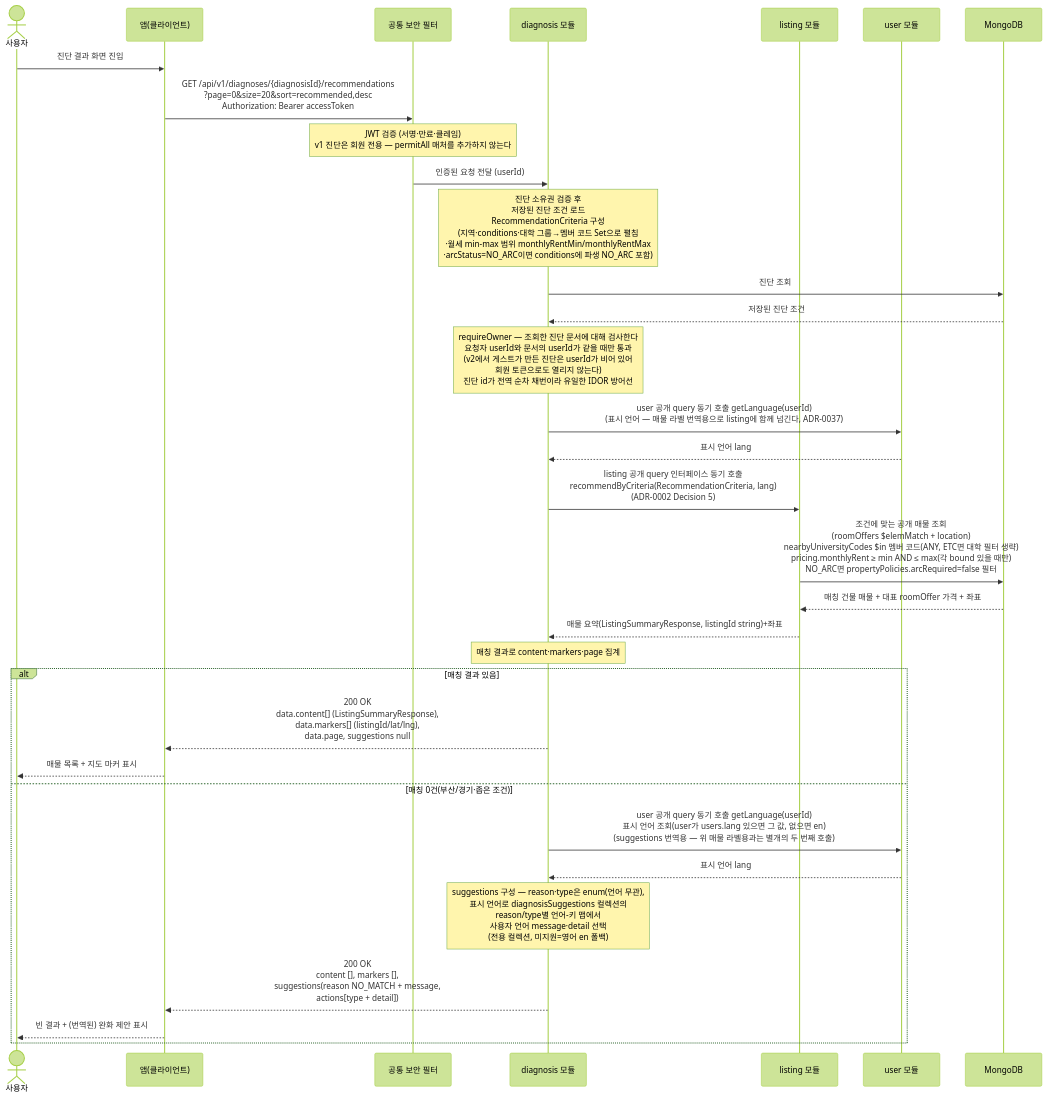
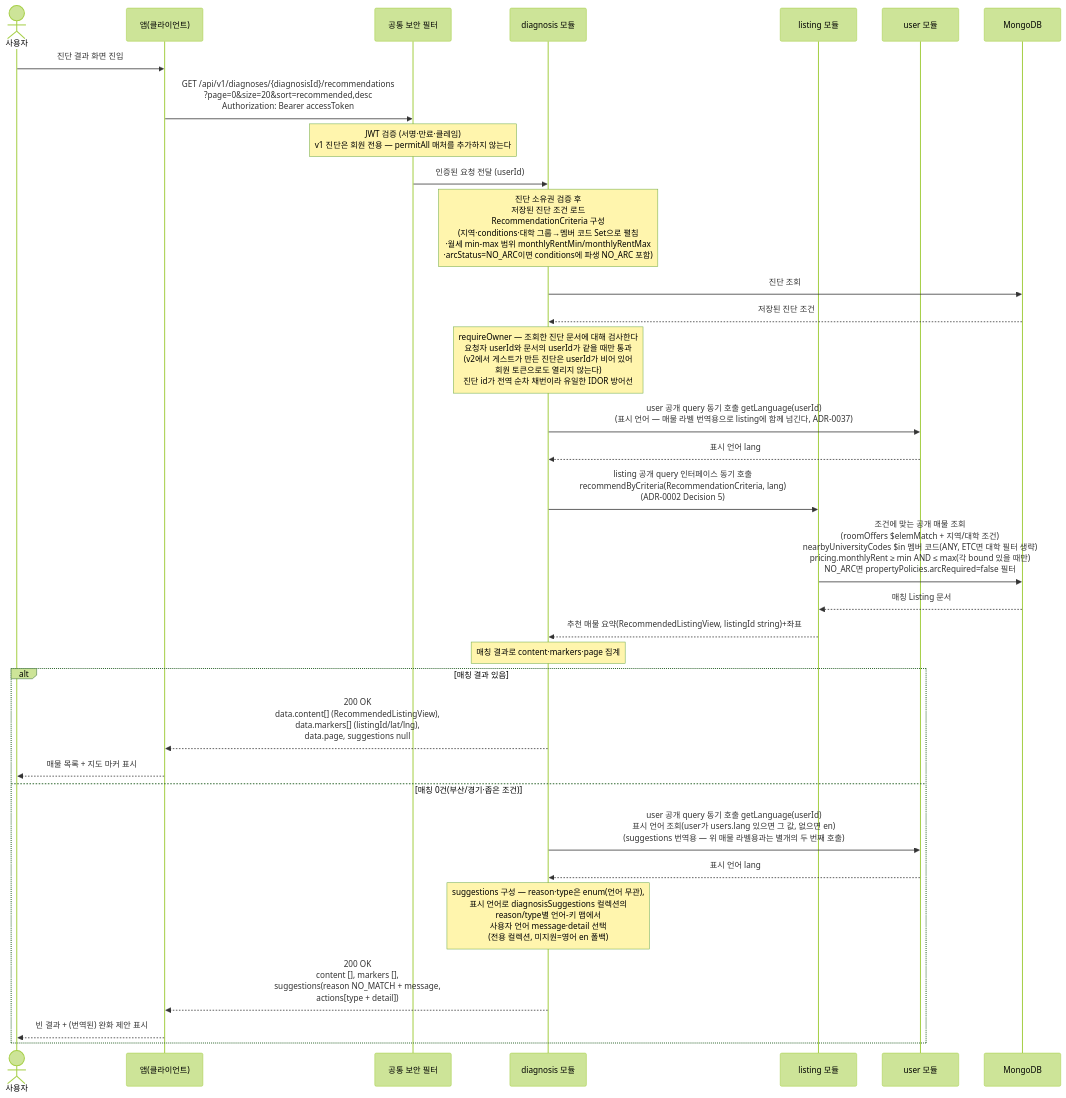
Before and after one commit to jameskim9509/Kohere-backend: the diagram in docs/architecture/sequence-diagrams/02-diagnosis-recommendation/us-2-2-recommendations.md, drawn with Mermaid (forest theme). The commit also changed other lines of this file and 13 other files, not shown here.

````diff
--- a/docs/architecture/sequence-diagrams/02-diagnosis-recommendation/us-2-2-recommendations.md
+++ b/docs/architecture/sequence-diagrams/02-diagnosis-recommendation/us-2-2-recommendations.md
@@ -5,36 +5,36 @@
 ```mermaid
 sequenceDiagram
     actor U as 사용자
     participant C as 앱(클라이언트)
     participant SEC as 공통 보안 필터
     participant DIAG as diagnosis 모듈
     participant LIST as listing 모듈
     participant USER as user 모듈
     participant DB as MongoDB
 
     U->>C: 진단 결과 화면 진입
     C->>SEC: GET /api/v1/diagnoses/{diagnosisId}/recommendations<br/>?page=0&size=20&sort=recommended,desc<br/>Authorization: Bearer accessToken
     Note over SEC: JWT 검증 (서명·만료·클레임)<br/>v1 진단은 회원 전용 — permitAll 매처를 추가하지 않는다
     SEC->>DIAG: 인증된 요청 전달 (userId)
     Note over DIAG: 진단 소유권 검증 후<br/>저장된 진단 조건 로드<br/>RecommendationCriteria 구성<br/>(지역·conditions·대학 그룹→멤버 코드 Set으로 펼침<br/>·월세 min-max 범위 monthlyRentMin/monthlyRentMax<br/>·arcStatus=NO_ARC이면 conditions에 파생 NO_ARC 포함)
     DIAG->>DB: 진단 조회
     DB-->>DIAG: 저장된 진단 조건
     Note over DIAG: requireOwner — 조회한 진단 문서에 대해 검사한다<br/>요청자 userId와 문서의 userId가 같을 때만 통과<br/>(v2에서 게스트가 만든 진단은 userId가 비어 있어<br/>회원 토큰으로도 열리지 않는다)<br/>진단 id가 전역 순차 채번이라 유일한 IDOR 방어선
     DIAG->>USER: user 공개 query 동기 호출 getLanguage(userId)<br/>(표시 언어 — 매물 라벨 번역용으로 listing에 함께 넘긴다, ADR-0037)
     USER-->>DIAG: 표시 언어 lang
     DIAG->>LIST: listing 공개 query 인터페이스 동기 호출<br/>recommendByCriteria(RecommendationCriteria, lang)<br/>(ADR-0002 Decision 5)
-    LIST->>DB: 조건에 맞는 공개 매물 조회<br/>(roomOffers $elemMatch + location)<br/>nearbyUniversityCodes $in 멤버 코드(ANY, ETC면 대학 필터 생략)<br/>pricing.monthlyRent ≥ min AND ≤ max(각 bound 있을 때만)<br/>NO_ARC면 propertyPolicies.arcRequired=false 필터
-    DB-->>LIST: 매칭 건물 매물 + 대표 roomOffer 가격 + 좌표
-    LIST-->>DIAG: 매물 요약(ListingSummaryResponse, listingId string)+좌표
+    LIST->>DB: 조건에 맞는 공개 매물 조회<br/>(roomOffers $elemMatch + 지역/대학 조건)<br/>nearbyUniversityCodes $in 멤버 코드(ANY, ETC면 대학 필터 생략)<br/>pricing.monthlyRent ≥ min AND ≤ max(각 bound 있을 때만)<br/>NO_ARC면 propertyPolicies.arcRequired=false 필터
+    DB-->>LIST: 매칭 Listing 문서
+    LIST-->>DIAG: 추천 매물 요약(RecommendedListingView, listingId string)+좌표
     Note over DIAG: 매칭 결과로 content·markers·page 집계
     alt 매칭 결과 있음
-        DIAG-->>C: 200 OK<br/>data.content[] (ListingSummaryResponse),<br/>data.markers[] (listingId/lat/lng),<br/>data.page, suggestions null
+        DIAG-->>C: 200 OK<br/>data.content[] (RecommendedListingView),<br/>data.markers[] (listingId/lat/lng),<br/>data.page, suggestions null
         C-->>U: 매물 목록 + 지도 마커 표시
     else 매칭 0건(부산/경기·좁은 조건)
         DIAG->>USER: user 공개 query 동기 호출 getLanguage(userId)<br/>표시 언어 조회(user가 users.lang 있으면 그 값, 없으면 en)<br/>(suggestions 번역용 — 위 매물 라벨용과는 별개의 두 번째 호출)
         USER-->>DIAG: 표시 언어 lang
         Note over DIAG: suggestions 구성 — reason·type은 enum(언어 무관),<br/>표시 언어로 diagnosisSuggestions 컬렉션의<br/>reason/type별 언어-키 맵에서<br/>사용자 언어 message·detail 선택<br/>(전용 컬렉션, 미지원=영어 en 폴백)
         DIAG-->>C: 200 OK<br/>content [], markers [],<br/>suggestions(reason NO_MATCH + message,<br/>actions[type + detail])
         C-->>U: 빈 결과 + (번역된) 완화 제안 표시
     end
 ```
````
